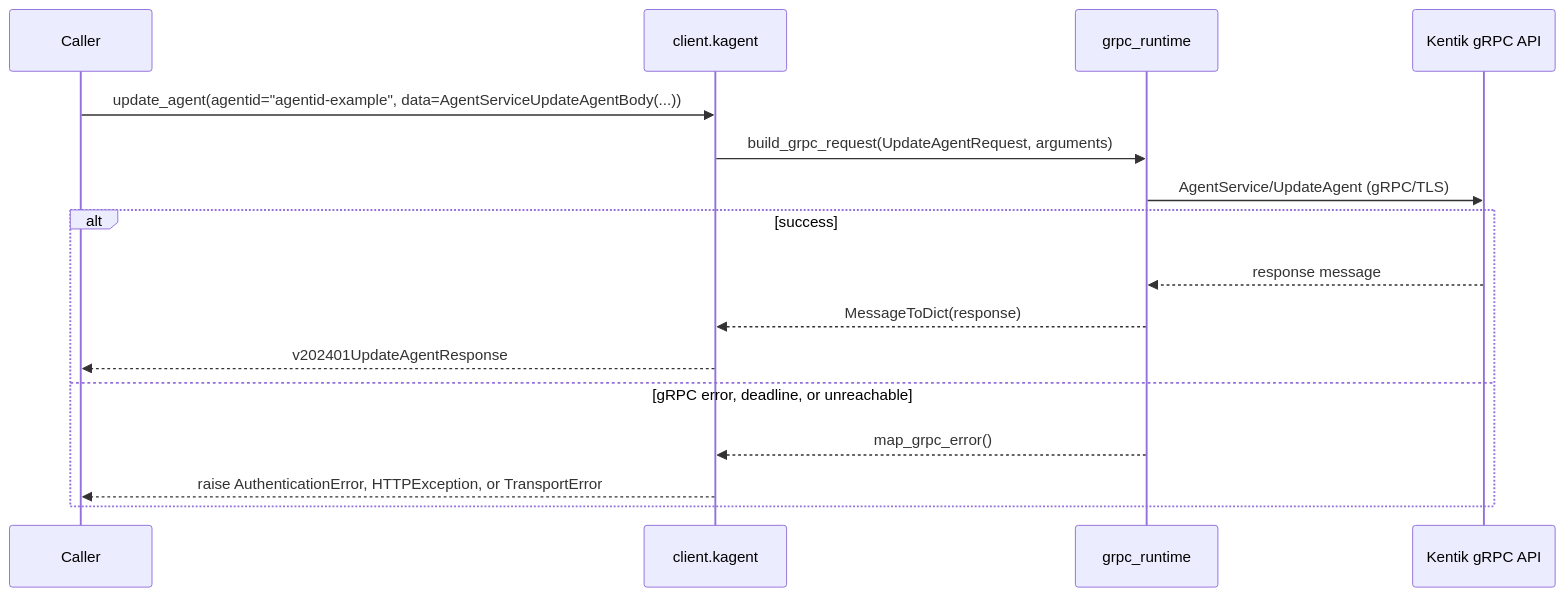
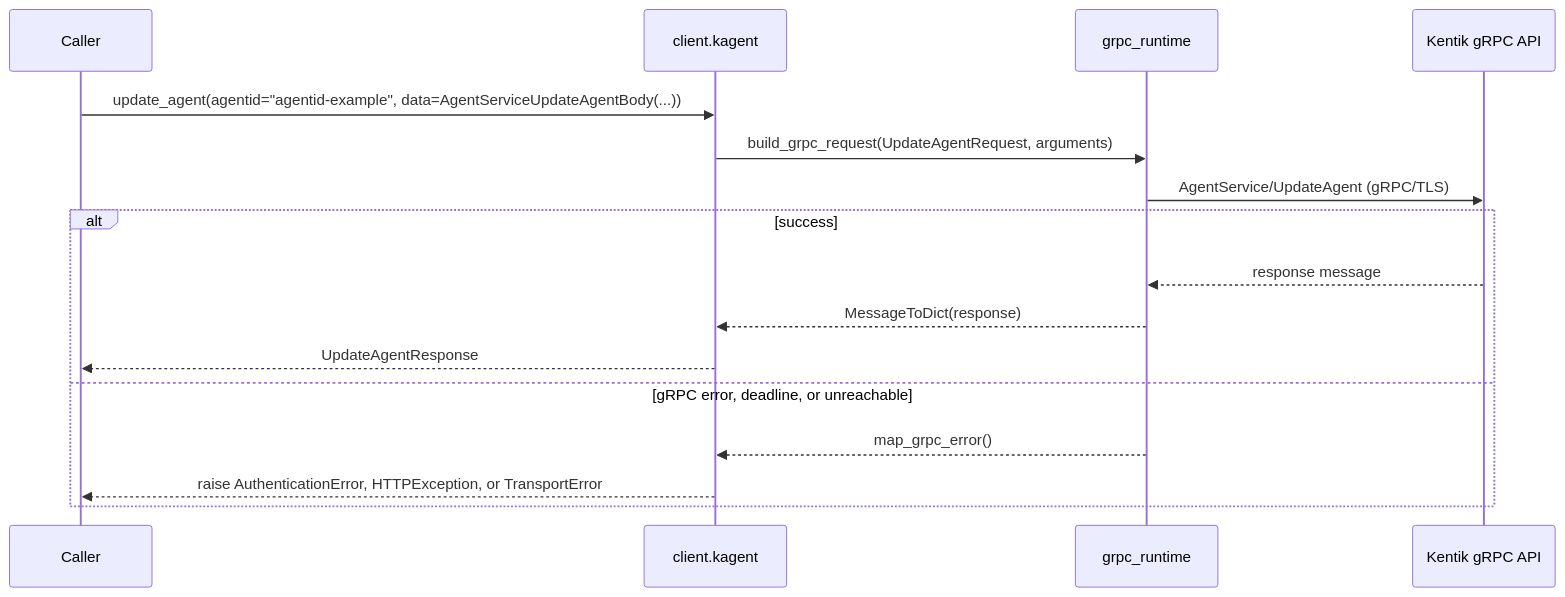
Diagram 13 of 58 in docs/sphinx/services/kagent.md (alexdearaujo/community_sdk_python), drawn with Mermaid before and after one commit. The commit also changed other lines of this file and 38 other files, not shown here.

````diff
--- a/docs/sphinx/services/kagent.md
+++ b/docs/sphinx/services/kagent.md
@@ -443,19 +443,19 @@
 ```mermaid
 sequenceDiagram
     participant C as Caller
     participant W as client.kagent
     participant R as grpc_runtime
     participant API as Kentik gRPC API
 
     C->>W: update_agent(agentid="agentid-example", data=AgentServiceUpdateAgentBody(...))
     W->>R: build_grpc_request(UpdateAgentRequest, arguments)
     R->>API: AgentService/UpdateAgent (gRPC/TLS)
     alt success
         API-->>R: response message
         R-->>W: MessageToDict(response)
-        W-->>C: v202401UpdateAgentResponse
+        W-->>C: UpdateAgentResponse
     else gRPC error, deadline, or unreachable
         R-->>W: map_grpc_error()
         W-->>C: raise AuthenticationError, HTTPException, or TransportError
     end
 ```
````
